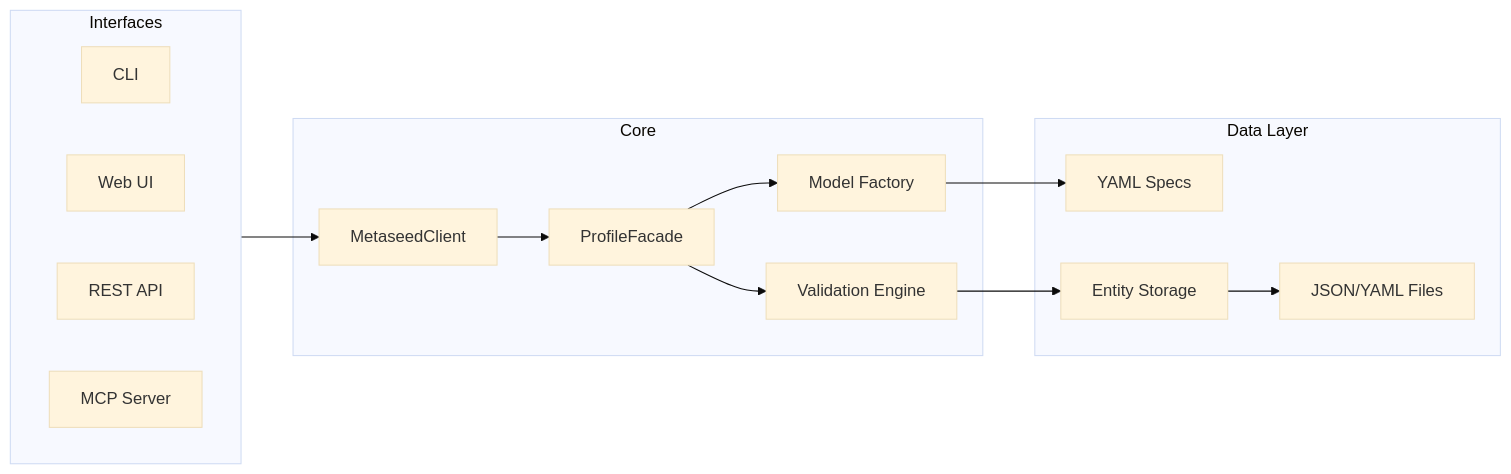
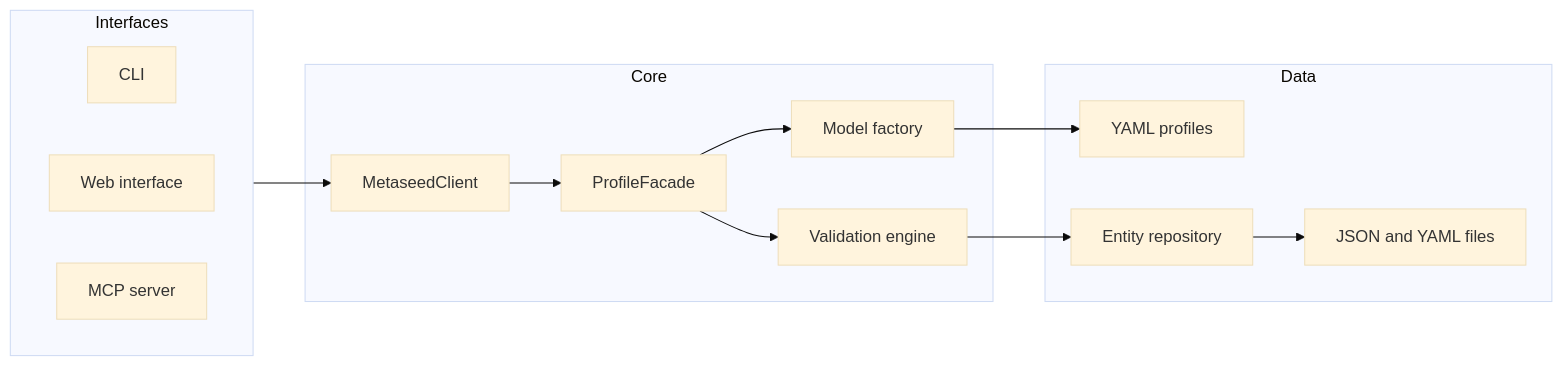
One commit to sorenwacker/metaseed changed the diagram in README.md. Above: the diagram before and after it, drawn with Mermaid (base theme). The commit also changed other lines of this file and 3 other files, not shown here.

````diff
--- a/README.md
+++ b/README.md
@@ -132,31 +151,30 @@
 ```mermaid
 graph LR
     subgraph interfaces["Interfaces"]
         direction RL
         CLI["CLI"]
-        UI["Web UI"]
-        API["REST API"]
-        MCP["MCP Server"]
+        UI["Web interface"]
+        MCP["MCP server"]
     end
 
     subgraph core["Core"]
         Client["MetaseedClient"]
         Facade["ProfileFacade"]
-        Factory["Model Factory"]
-        Validators["Validation Engine"]
+        Factory["Model factory"]
+        Validators["Validation engine"]
     end
 
-    subgraph data["Data Layer"]
-        Specs["YAML Specs"]
-        Repo["Entity Storage"]
-        Storage["JSON/YAML Files"]
+    subgraph data["Data"]
+        Specs["YAML profiles"]
+        Repo["Entity repository"]
+        Storage["JSON and YAML files"]
     end
 
     interfaces --> Client
     Client --> Facade
     Facade --> Factory
     Facade --> Validators
     Factory --> Specs
     Validators --> Repo
     Repo --> Storage
 ```
````
